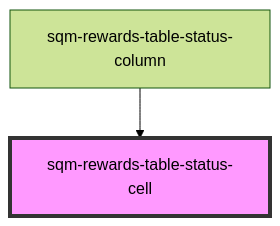
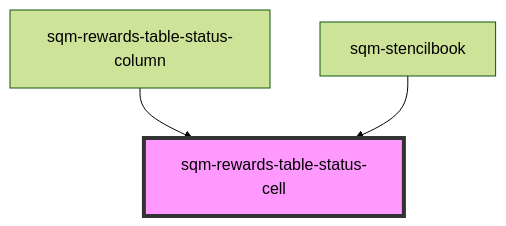
Before and after one commit to saasquatch/program-tools: the diagram in packages/mint-components/src/components/sqm-rewards-table/cells/readme.md, drawn with Mermaid (forest theme). The commit also changed other lines of this file and 5 other files, not shown here.

````diff
--- a/packages/mint-components/src/components/sqm-rewards-table/cells/readme.md
+++ b/packages/mint-components/src/components/sqm-rewards-table/cells/readme.md
@@ -24,5 +25,6 @@
 ```mermaid
 graph TD;
   sqm-rewards-table-status-column --> sqm-rewards-table-status-cell
+  sqm-stencilbook --> sqm-rewards-table-status-cell
   style sqm-rewards-table-status-cell fill:#f9f,stroke:#333,stroke-width:4px
 ```
````
